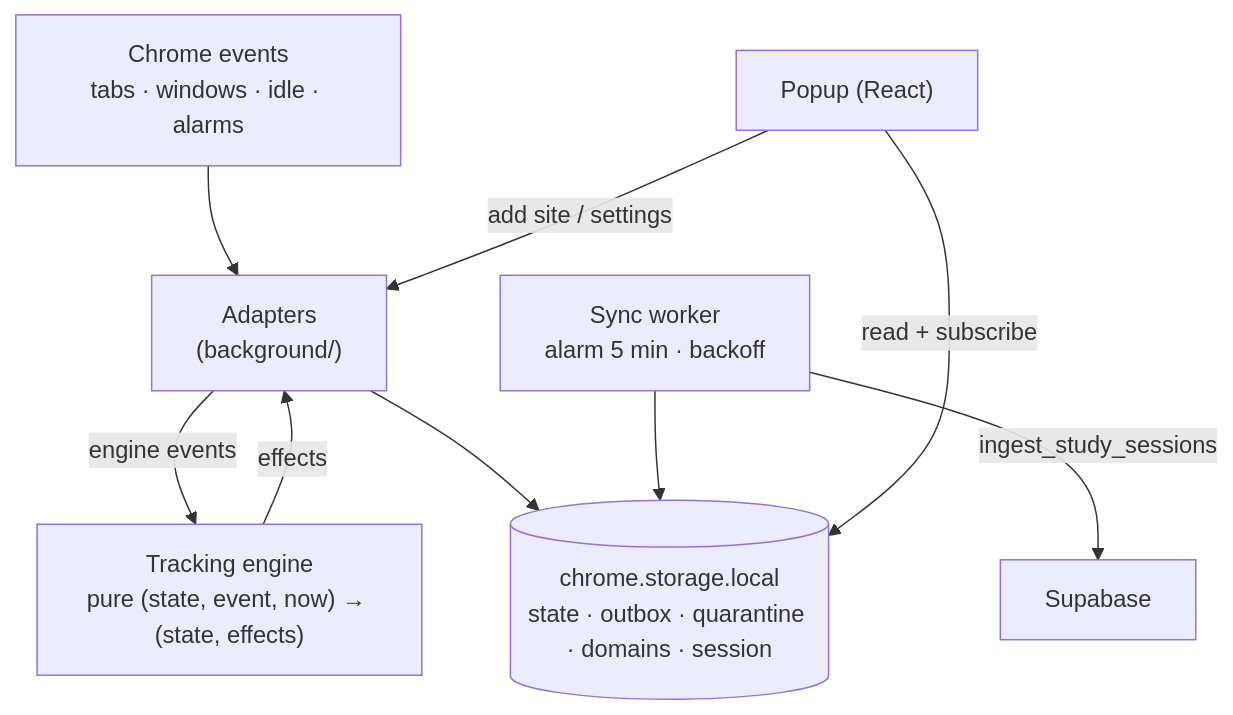
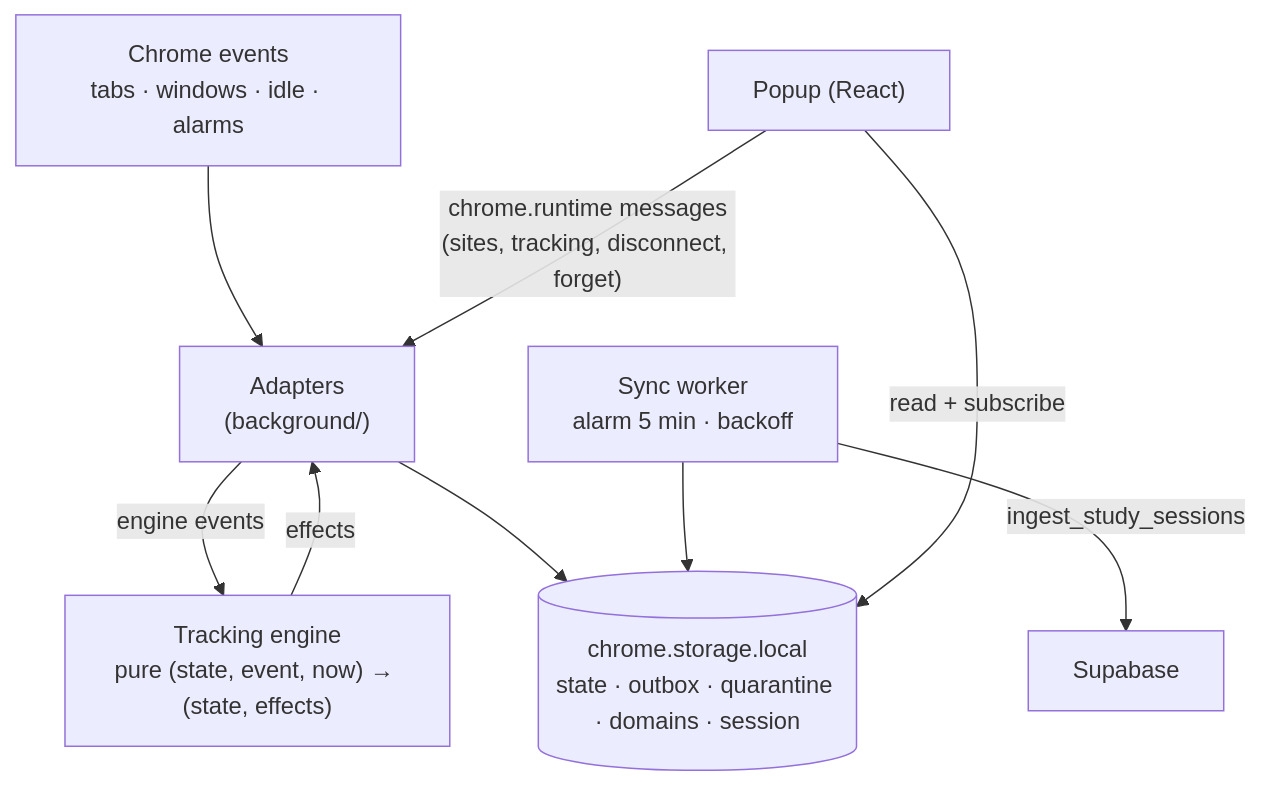
The third of 4 diagrams in docs/architecture.md (vbenedito/careeros), drawn with Mermaid before and after one commit. The commit also changed other lines of this file and 30 other files, not shown here.

````diff
--- a/docs/architecture.md
+++ b/docs/architecture.md
@@ -100,11 +108,11 @@
 ```mermaid
 flowchart TB
   CE["Chrome events<br/>tabs · windows · idle · alarms"] --> AD["Adapters<br/>(background/)"]
   AD -- engine events --> EN["Tracking engine<br/>pure (state, event, now) → (state, effects)"]
   EN -- effects --> AD
   AD --> ST[("chrome.storage.local<br/>state · outbox · quarantine · domains · session")]
   SY["Sync worker<br/>alarm 5 min · backoff"] --> ST
   SY -- ingest_study_sessions --> SB["Supabase"]
   PU["Popup (React)"] -- read + subscribe --> ST
-  PU -- add site / settings --> AD
+  PU -- "chrome.runtime messages<br/>(sites, tracking, disconnect, forget)" --> AD
 ```
````
